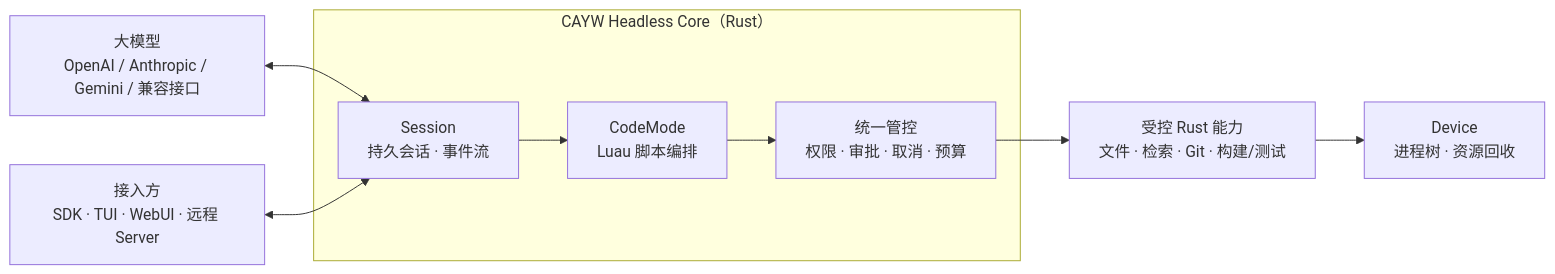
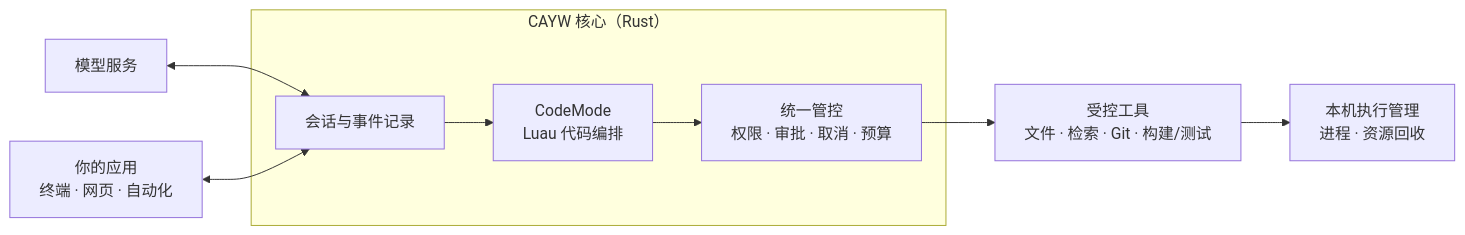
The diagram in README.md (changw98ic/CAYW), drawn with Mermaid before and after one commit. The commit also changed other lines of this file and 2 other files, not shown here.

Commit message:
docs: focus CAYW introduction on project vision

````diff
--- a/README.md
+++ b/README.md
@@ -85,16 +40,16 @@
 ```mermaid
 flowchart LR
-  M["大模型<br/>OpenAI / Anthropic / Gemini / 兼容接口"]
-  subgraph Core["CAYW Headless Core（Rust）"]
-    S["Session<br/>持久会话 · 事件流"]
-    C["CodeMode<br/>Luau 脚本编排"]
+  M["模型服务"]
+  subgraph Core["CAYW 核心（Rust）"]
+    S["会话与事件记录"]
+    C["CodeMode<br/>Luau 代码编排"]
     P["统一管控<br/>权限 · 审批 · 取消 · 预算"]
   end
-  R["受控 Rust 能力<br/>文件 · 检索 · Git · 构建/测试"]
-  D["Device<br/>进程树 · 资源回收"]
-  UI["接入方<br/>SDK · TUI · WebUI · 远程 Server"]
+  R["受控工具<br/>文件 · 检索 · Git · 构建/测试"]
+  D["本机执行管理<br/>进程 · 资源回收"]
+  UI["你的应用<br/>终端 · 网页 · 自动化"]
 
   M <--> S
   S --> C --> P --> R --> D
   UI <--> S
 ```
````
